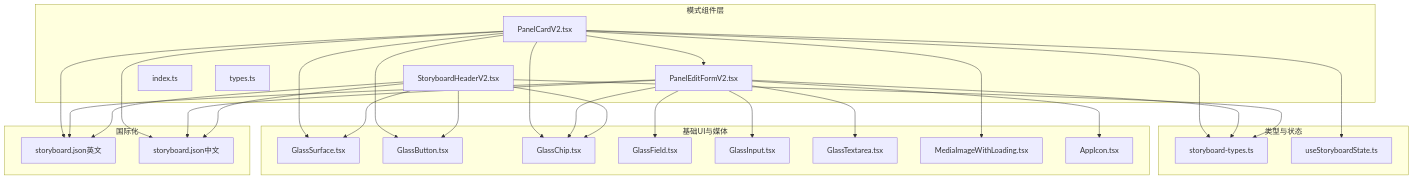
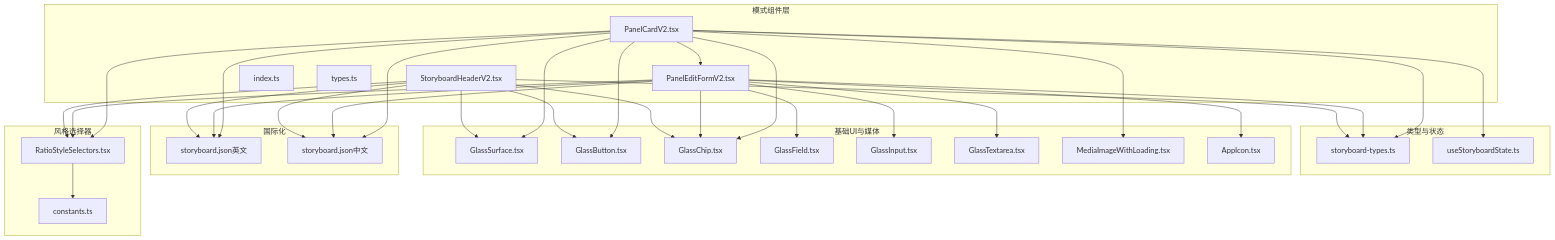
The first of 7 diagrams in .qoder/repowiki/zh/content/前端组件架构/UI组件库/模式组件.md (lyl2021/waoowaoo), drawn with Mermaid before and after one commit. The commit also changed other lines of this file and 20 other files, not shown here.

````diff
--- a/.qoder/repowiki/zh/content/前端组件架构/UI组件库/模式组件.md
+++ b/.qoder/repowiki/zh/content/前端组件架构/UI组件库/模式组件.md
@@ -48,51 +63,59 @@
 ```mermaid
 graph TB
 subgraph "模式组件层"
 PC["PanelCardV2.tsx"]
 PEF["PanelEditFormV2.tsx"]
 SBH["StoryboardHeaderV2.tsx"]
 IDX["index.ts"]
 TYP["types.ts"]
 end
 subgraph "类型与状态"
 ST["storyboard-types.ts"]
 USBS["useStoryboardState.ts"]
 end
 subgraph "基础UI与媒体"
 GSF["GlassSurface.tsx"]
 GBT["GlassButton.tsx"]
 GCH["GlassChip.tsx"]
 GIF["GlassField.tsx"]
 GI["GlassInput.tsx"]
 GTA["GlassTextarea.tsx"]
 MIM["MediaImageWithLoading.tsx"]
 AIC["AppIcon.tsx"]
 end
 subgraph "国际化"
 MSG_EN["storyboard.json英文"]
 MSG_ZH["storyboard.json中文"]
 end
+subgraph "风格选择器"
+RSS["RatioStyleSelectors.tsx"]
+CONST["constants.ts"]
+end
 PC --> PEF
 PC --> MIM
 PC --> GSF
 PC --> GBT
 PC --> GCH
 PEF --> GIF
 PEF --> GI
 PEF --> GTA
 PEF --> GCH
 PEF --> AIC
 SBH --> GBT
 SBH --> GCH
 SBH --> GSF
 PC --> ST
 PC --> USBS
 PEF --> ST
 SBH --> ST
 PC --> MSG_EN
 PEF --> MSG_EN
 SBH --> MSG_EN
 PC --> MSG_ZH
 PEF --> MSG_ZH
 SBH --> MSG_ZH
+PC --> RSS
+PEF --> RSS
+SBH --> RSS
+RSS --> CONST
 ```
````
